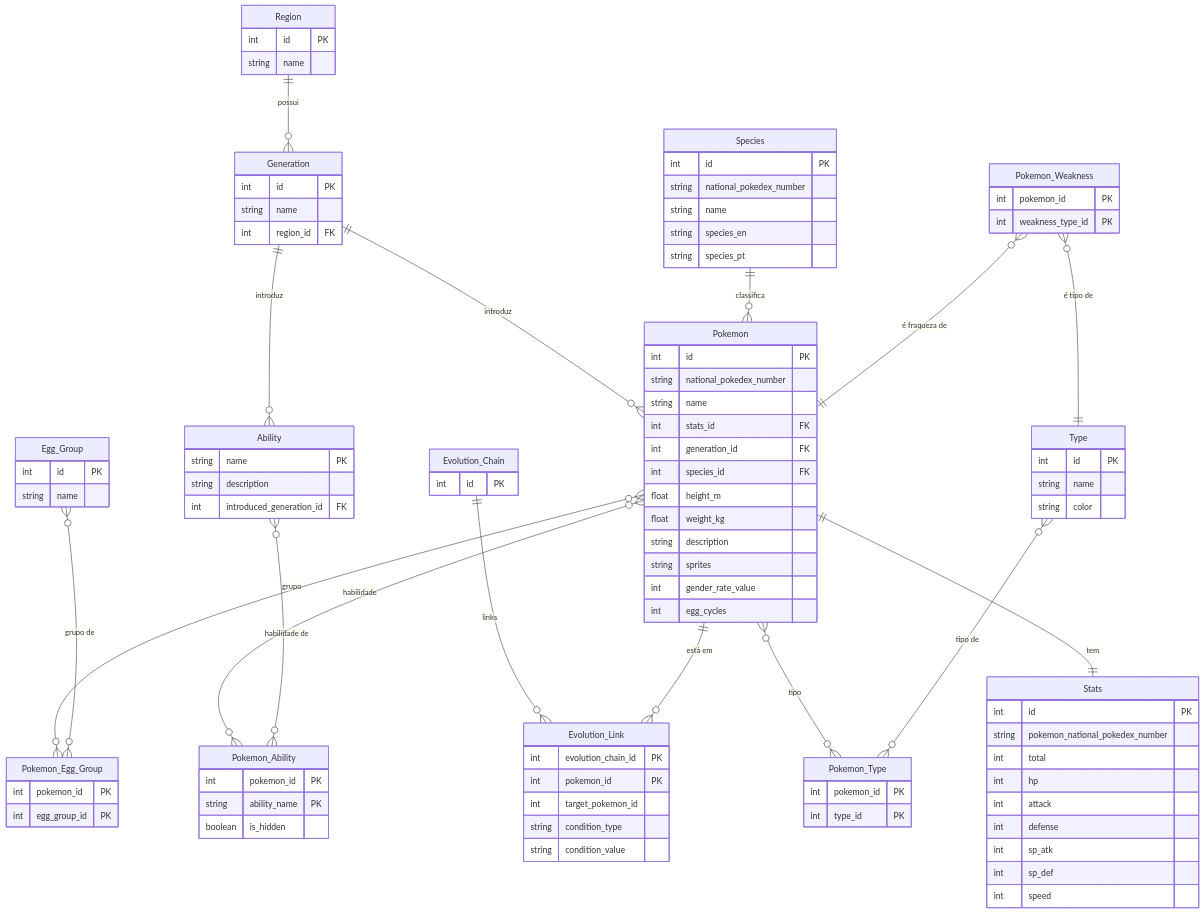
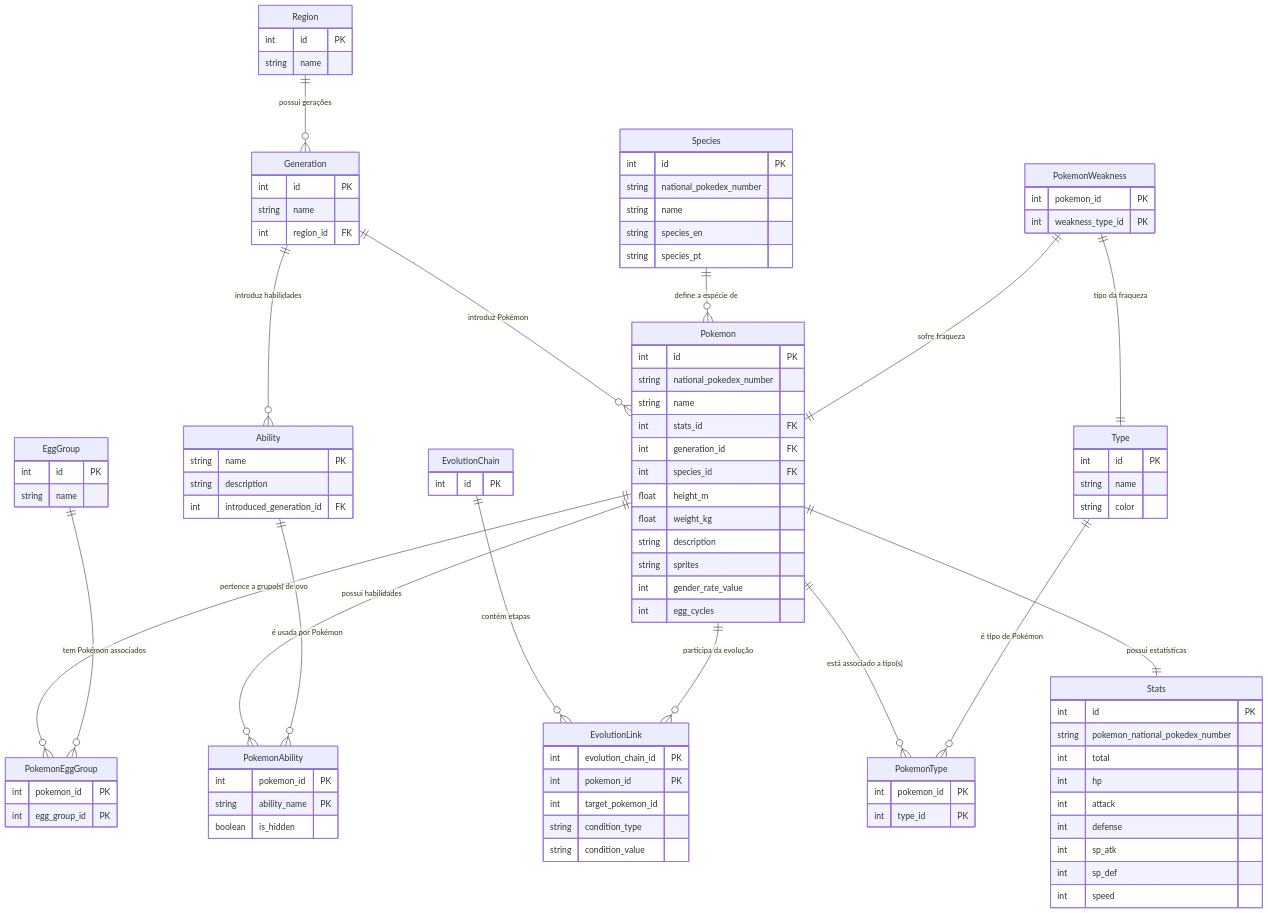
The diagram in doc/pokedex_db_info.md (lucabelezal/pokedex-bff), drawn with Mermaid before and after one commit.

Commit message:
chore: atualiza a doc

````diff
--- a/doc/pokedex_db_info.md
+++ b/doc/pokedex_db_info.md
@@ -228,7 +228,7 @@
         string color
     }
 
-    Egg_Group {
+    EggGroup {
         int id PK
         string name
     }
@@ -280,27 +280,27 @@
         int speed
     }
 
-    Pokemon_Type {
+    PokemonType {
         int pokemon_id PK
         int type_id PK
     }
 
-    Pokemon_Ability {
+    PokemonAbility {
         int pokemon_id PK
         string ability_name PK
         boolean is_hidden
     }
 
-    Pokemon_Egg_Group {
+    PokemonEggGroup {
         int pokemon_id PK
         int egg_group_id PK
     }
 
-    Evolution_Chain {
+    EvolutionChain {
         int id PK
     }
 
-    Evolution_Link {
+    EvolutionLink {
         int evolution_chain_id PK
         int pokemon_id PK
         int target_pokemon_id
@@ -308,24 +308,29 @@
         string condition_value
     }
 
-    Pokemon_Weakness {
+    PokemonWeakness {
         int pokemon_id PK
         int weakness_type_id PK
     }
 
-    Region ||--o{ Generation : "possui"
-    Generation ||--o{ Pokemon : "introduz"
-    Generation ||--o{ Ability : "introduz"
-    Species ||--o{ Pokemon : "classifica"
-    Pokemon ||--|| Stats : "tem"
-    Pokemon }o--o{ Pokemon_Type : "tipo"
-    Type }o--o{ Pokemon_Type : "tipo de"
-    Pokemon }o--o{ Pokemon_Ability : "habilidade"
-    Ability }o--o{ Pokemon_Ability : "habilidade de"
-    Pokemon }o--o{ Pokemon_Egg_Group : "grupo"
-    Egg_Group }o--o{ Pokemon_Egg_Group : "grupo de"
-    Evolution_Chain ||--o{ Evolution_Link : "links"
-    Pokemon ||--o{ Evolution_Link : "está em"
-    Pokemon_Weakness }o--|| Pokemon : "é fraqueza de"
-    Pokemon_Weakness }o--|| Type : "é tipo de"
+    %% -------------------------
+    %% RELACIONAMENTOS
+    %% -------------------------
+
+    Region ||--o{ Generation : "possui gerações"
+    Generation ||--o{ Pokemon : "introduz Pokémon"
+    Generation ||--o{ Ability : "introduz habilidades"
+    Species ||--o{ Pokemon : "define a espécie de"
+    Pokemon ||--|| Stats : "possui estatísticas"
+    Pokemon ||--o{ PokemonType : "está associado a tipo(s)"
+    Type ||--o{ PokemonType : "é tipo de Pokémon"
+    Pokemon ||--o{ PokemonAbility : "possui habilidades"
+    Ability ||--o{ PokemonAbility : "é usada por Pokémon"
+    Pokemon ||--o{ PokemonEggGroup : "pertence a grupo(s) de ovo"
+    EggGroup ||--o{ PokemonEggGroup : "tem Pokémon associados"
+    EvolutionChain ||--o{ EvolutionLink : "contém etapas"
+    Pokemon ||--o{ EvolutionLink : "participa da evolução"
+    PokemonWeakness ||--|| Pokemon : "sofre fraqueza"
+    PokemonWeakness ||--|| Type : "tipo da fraqueza"
+
 ```
````
